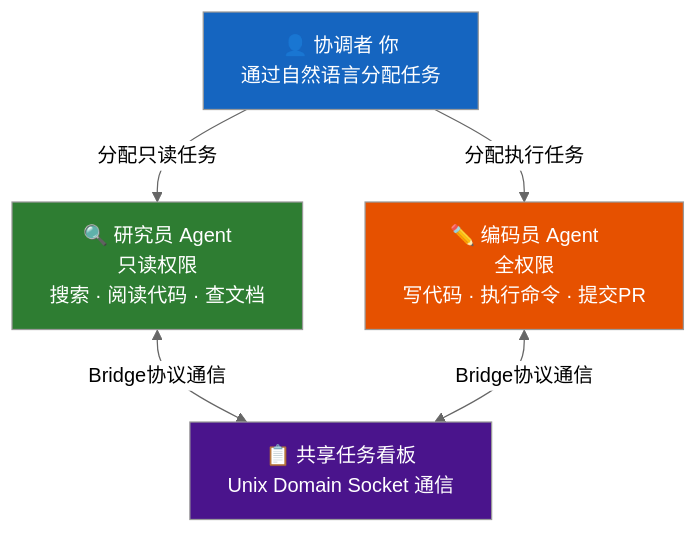
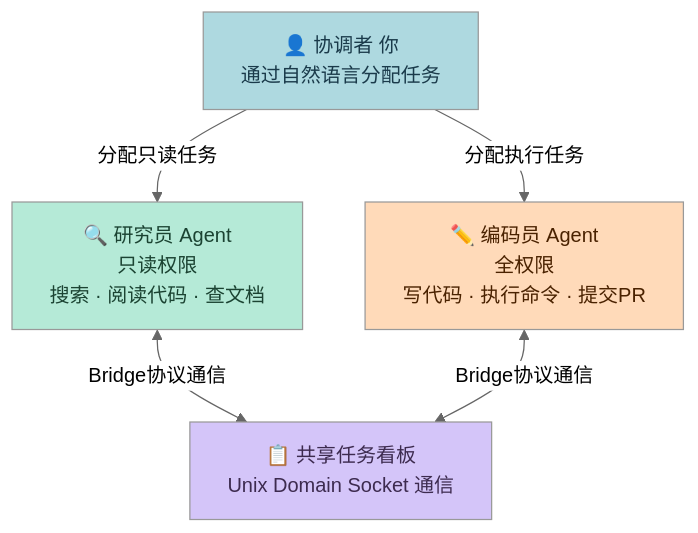
The second of 3 diagrams in source/_posts/2026-04-15-claude-code-source-analysis.md (xuqi2024/xuqi2024.github.io), drawn with Mermaid (neutral theme) before and after one commit. The commit also changed other lines of this file and 3 other files, not shown here.

First line of the commit message:
style: 将所有 Mermaid 图表配色改为马卡龙色系，修复节点换行显示

````diff
--- a/source/_posts/2026-04-15-claude-code-source-analysis.md
+++ b/source/_posts/2026-04-15-claude-code-source-analysis.md
@@ -182,17 +182,17 @@
 ```mermaid
 graph TD
     C["👤 协调者 你<br/>通过自然语言分配任务"]
     R["🔍 研究员 Agent<br/>只读权限<br/>搜索 · 阅读代码 · 查文档"]
     W["✏️ 编码员 Agent<br/>全权限<br/>写代码 · 执行命令 · 提交PR"]
     TL["📋 共享任务看板<br/>Unix Domain Socket 通信"]
 
     C -->|"分配只读任务"| R
     C -->|"分配执行任务"| W
     R <-->|"Bridge协议通信"| TL
     W <-->|"Bridge协议通信"| TL
 
-    style C fill:#1565C0,color:#fff
-    style R fill:#2E7D32,color:#fff
-    style W fill:#E65100,color:#fff
-    style TL fill:#4A148C,color:#fff
+    style C fill:#AED9E0,color:#1A3A4A
+    style R fill:#B5EAD7,color:#1B4332
+    style W fill:#FFDAB9,color:#4A2200
+    style TL fill:#D4C5F9,color:#3D2B4F
 ```
````
